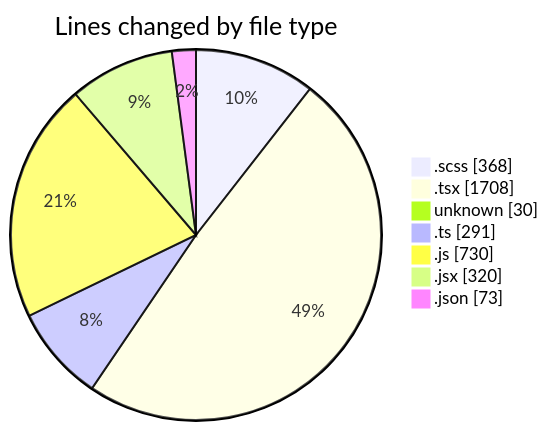
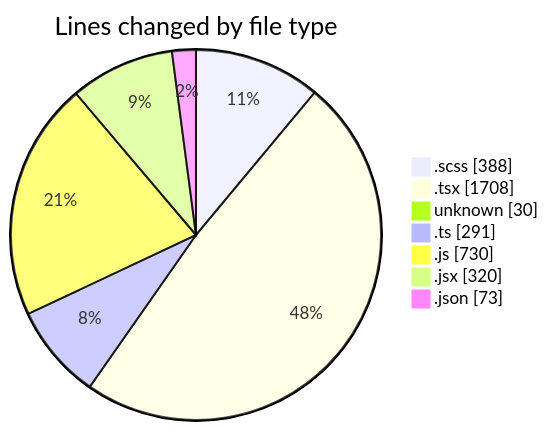
The first of 2 diagrams in 2025-03-05/cda/README.md (momahboobian/code-tracking), drawn with Mermaid before and after one commit. The commit also changed other lines of this file and 1 other file, not shown here.

````diff
--- a/2025-03-05/cda/README.md
+++ b/2025-03-05/cda/README.md
@@ -45,11 +45,11 @@
 ```mermaid
 pie showData
 title Lines changed by file type
-".scss" : 368
+".scss" : 388
 ".tsx" : 1708
 "unknown" : 30
 ".ts" : 291
 ".js" : 730
 ".jsx" : 320
 ".json" : 73
 ```
````
